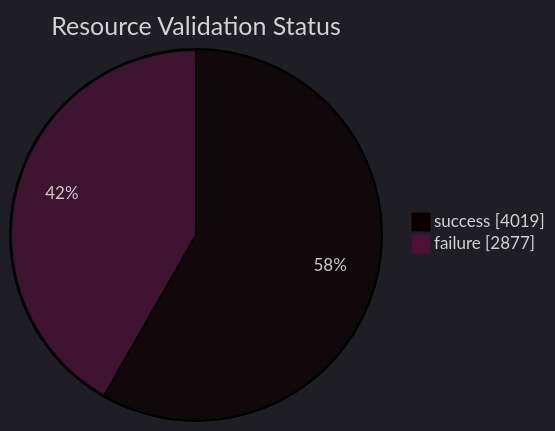
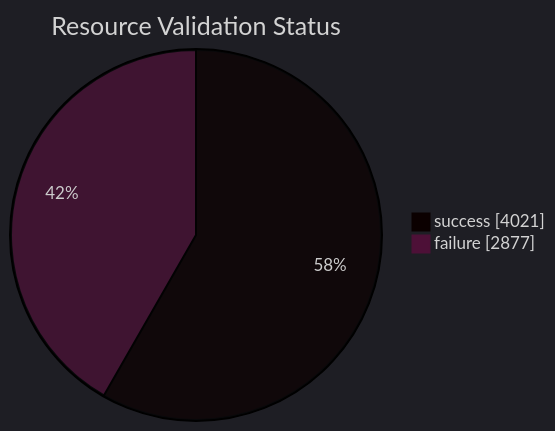
Before and after one commit to open-data/analytics-corporate-reporting: the diagram in datastore_tracker/resource_validation_status_pie_chart.md, drawn with Mermaid. The commit also changed 12 other files, not shown here.

````diff
--- a/datastore_tracker/resource_validation_status_pie_chart.md
+++ b/datastore_tracker/resource_validation_status_pie_chart.md
@@ -2,9 +2,9 @@
 ```mermaid
 ---
 config:
   theme: dark
 ---
 pie showData title Resource Validation Status
-    "success": 4019
+    "success": 4021
     "failure": 2877
 ```
````
